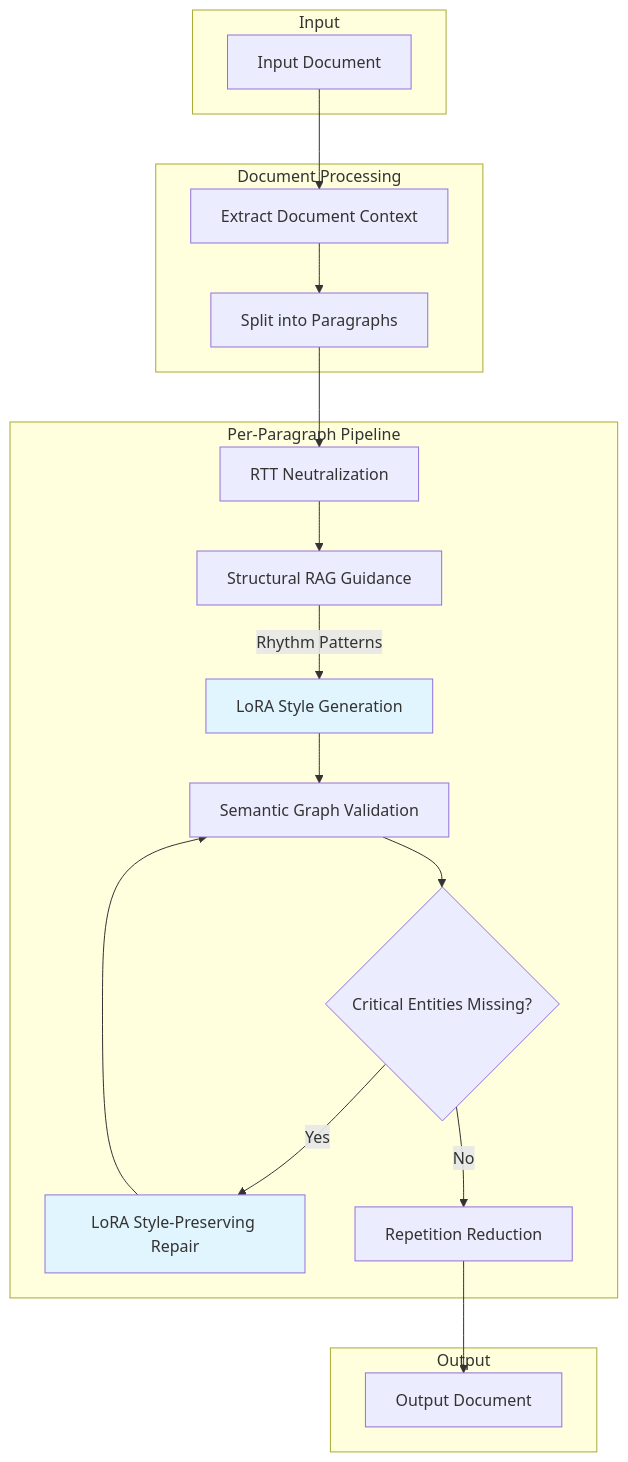
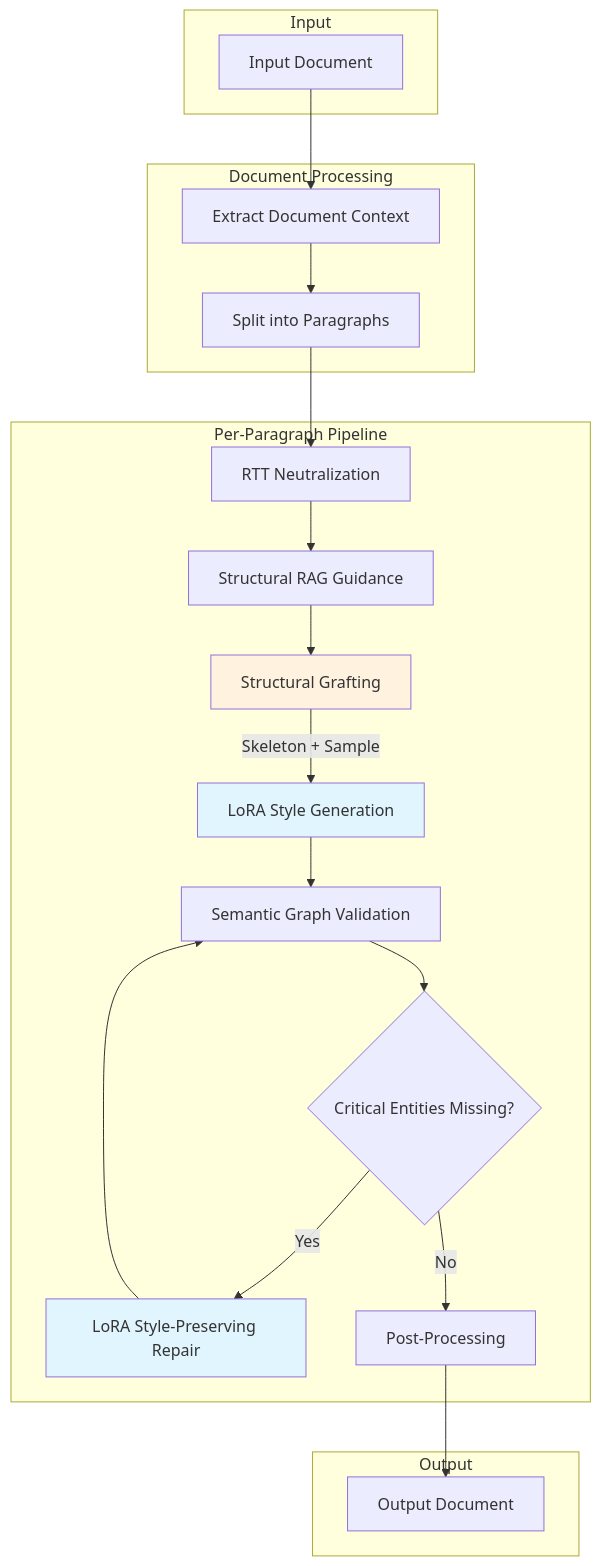
One commit to yogthos/revenant changed the second of 2 diagrams in README.md. Above: the diagram before and after it, drawn with Mermaid. The commit also changed other lines of this file and 1 other file, not shown here.

````diff
--- a/README.md
+++ b/README.md
@@ -310,40 +293,43 @@
 ```mermaid
 flowchart TD
     subgraph Input
         A[Input Document]
     end
 
     subgraph "Document Processing"
         B[Extract Document Context]
         C[Split into Paragraphs]
     end
 
     subgraph "Per-Paragraph Pipeline"
         D[RTT Neutralization]
         E[Structural RAG Guidance]
+        E2[Structural Grafting]
         F[LoRA Style Generation]
         G[Semantic Graph Validation]
         H{Critical Entities Missing?}
         I[LoRA Style-Preserving Repair]
-        J[Repetition Reduction]
+        J[Post-Processing]
     end
 
     subgraph Output
         K[Output Document]
     end
 
     A --> B
     B --> C
     C --> D
     D --> E
-    E -->|Rhythm Patterns| F
+    E --> E2
+    E2 -->|Skeleton + Sample| F
     F --> G
     G --> H
     H -->|Yes| I
     I --> G
     H -->|No| J
     J --> K
 
     style I fill:#e1f5fe
     style F fill:#e1f5fe
+    style E2 fill:#fff3e0
 ```
````
